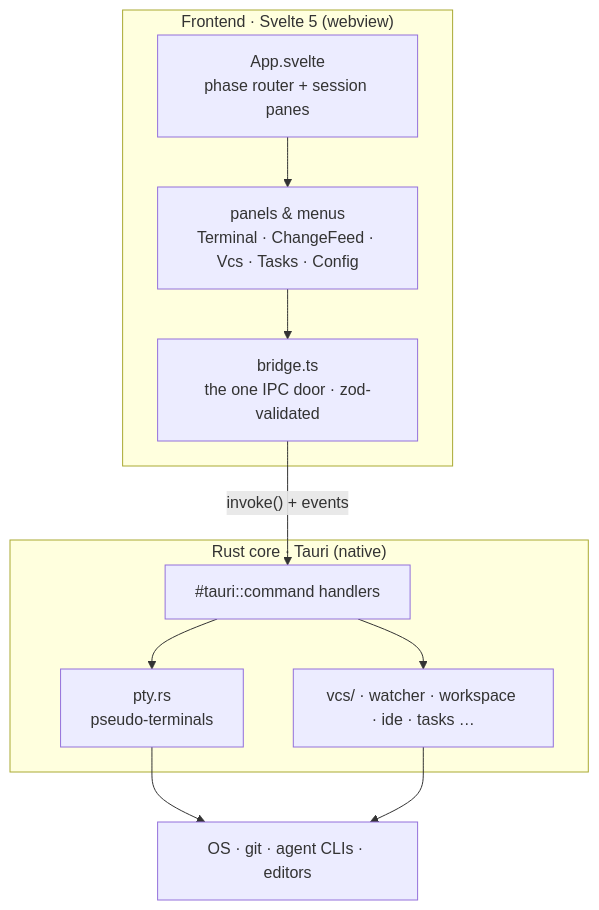
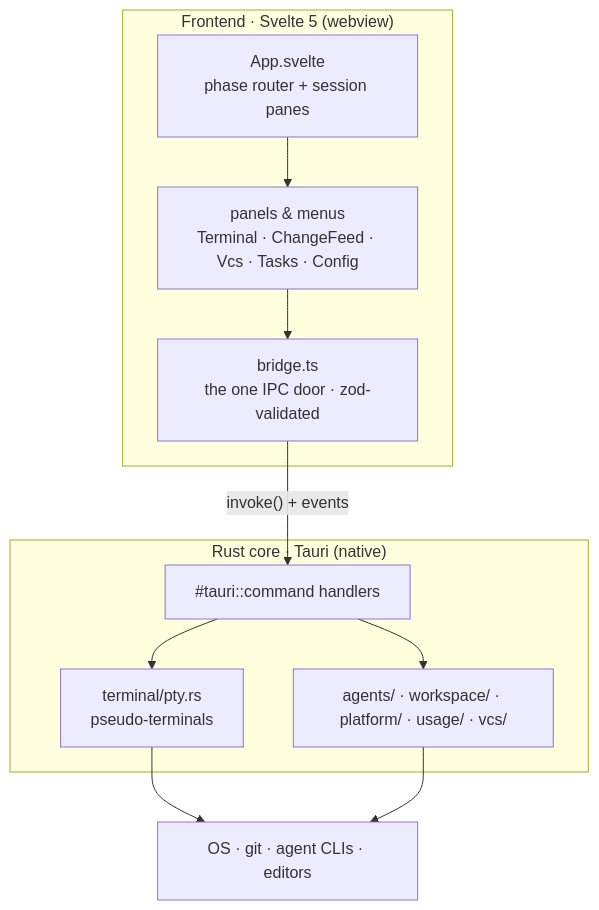
The first of 8 diagrams in ARCHITECTURE.md (avi12/pade), drawn with Mermaid before and after one commit. The commit also changed other lines of this file, not shown here.

First line of the commit message:
docs(architecture): map the Rust core by its new module folders

````diff
--- a/ARCHITECTURE.md
+++ b/ARCHITECTURE.md
@@ -39,20 +39,20 @@
 ```mermaid
 flowchart TB
   subgraph FE["Frontend · Svelte 5 (webview)"]
     App["App.svelte<br/>phase router + session panes"]
     Panels["panels &amp; menus<br/>Terminal · ChangeFeed · Vcs · Tasks · Config"]
     Bridge["bridge.ts<br/>the one IPC door · zod-validated"]
   end
   subgraph BE["Rust core · Tauri (native)"]
     Cmds["#tauri::command handlers"]
-    Pty["pty.rs<br/>pseudo-terminals"]
-    Rest["vcs/ · watcher · workspace · ide · tasks …"]
+    Pty["terminal/pty.rs<br/>pseudo-terminals"]
+    Rest["agents/ · workspace/ · platform/ · usage/ · vcs/"]
   end
   OS["OS · git · agent CLIs · editors"]
   App --> Panels --> Bridge
   Bridge -->|"invoke() + events"| Cmds
   Cmds --> Pty
   Cmds --> Rest
   Pty --> OS
   Rest --> OS
 ```
````
